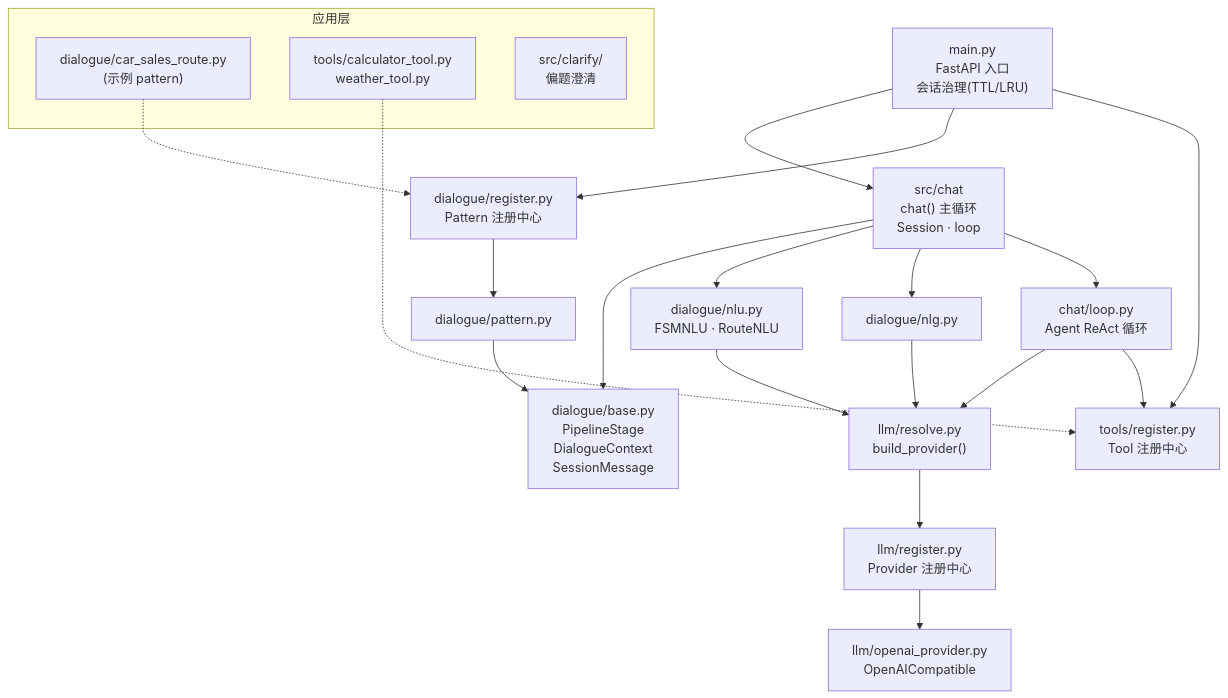
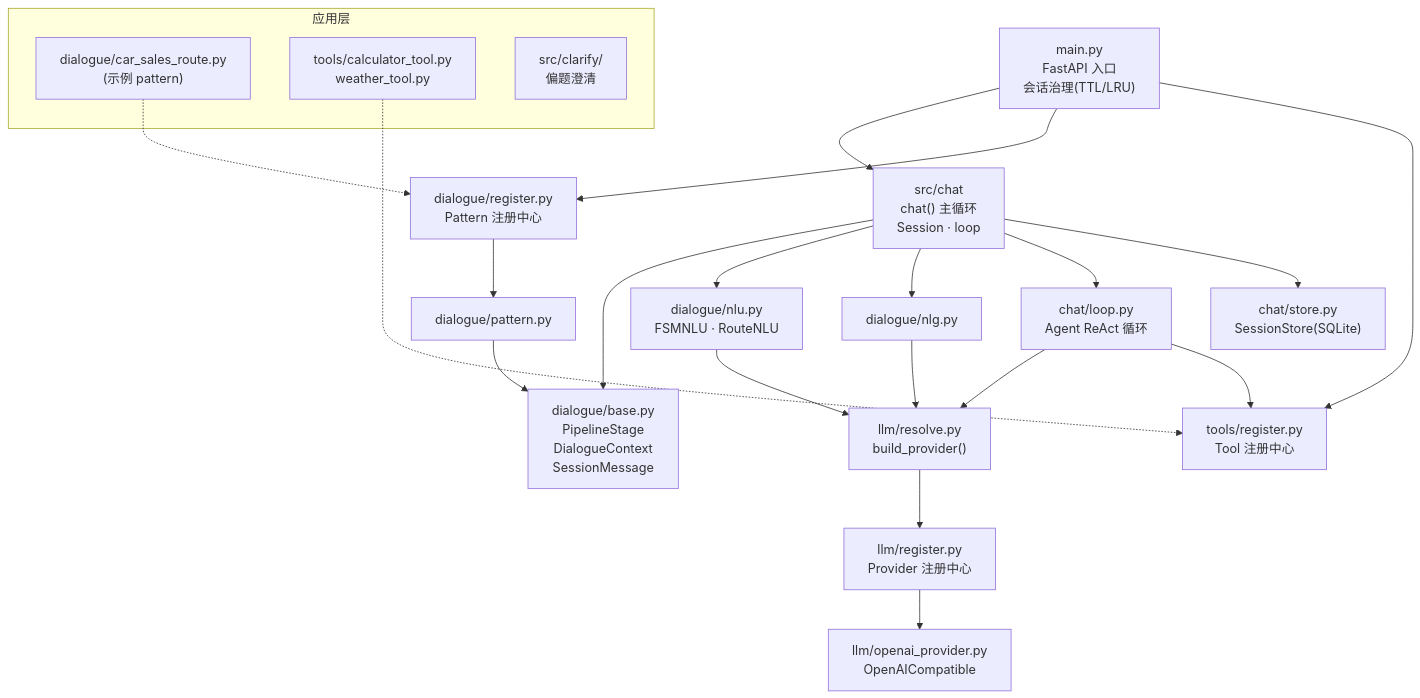
Before and after one commit to chengjian2018/hermes-nexus: the diagram in ARCHITECTURE.md, drawn with Mermaid. The commit also changed other lines of this file, not shown here.

Commit message:
docs: ARCHITECTURE 同步 SessionStore 模块与会话持久化契约

````diff
--- a/ARCHITECTURE.md
+++ b/ARCHITECTURE.md
@@ -7,30 +7,31 @@
 ```mermaid
 flowchart TB
     main["main.py<br/>FastAPI 入口<br/>会话治理(TTL/LRU)"] --> chat["src/chat<br/>chat() 主循环<br/>Session · loop"]
     main --> preg["dialogue/register.py<br/>Pattern 注册中心"]
     main --> treg["tools/register.py<br/>Tool 注册中心"]
 
     chat --> base["dialogue/base.py<br/>PipelineStage<br/>DialogueContext<br/>SessionMessage"]
     chat --> nlu["dialogue/nlu.py<br/>FSMNLU · RouteNLU"]
     chat --> nlg["dialogue/nlg.py"]
     chat --> loop2["chat/loop.py<br/>Agent ReAct 循环"]
+    chat --> store["chat/store.py<br/>SessionStore(SQLite)"]
 
     preg --> pattern["dialogue/pattern.py"]
     pattern --> base
 
     nlu --> resolve["llm/resolve.py<br/>build_provider()"]
     nlg --> resolve
     loop2 --> resolve
     loop2 --> treg
 
     resolve --> llmreg["llm/register.py<br/>Provider 注册中心"]
     llmreg --> oai["llm/openai_provider.py<br/>OpenAICompatible"]
 
     subgraph 应用层
         carsales["dialogue/car_sales_route.py<br/>(示例 pattern)"]
         tools["tools/calculator_tool.py<br/>weather_tool.py"]
         clarify["src/clarify/<br/>偏题澄清"]
     end
     carsales -.-> preg
     tools -.-> treg
 ```
````
